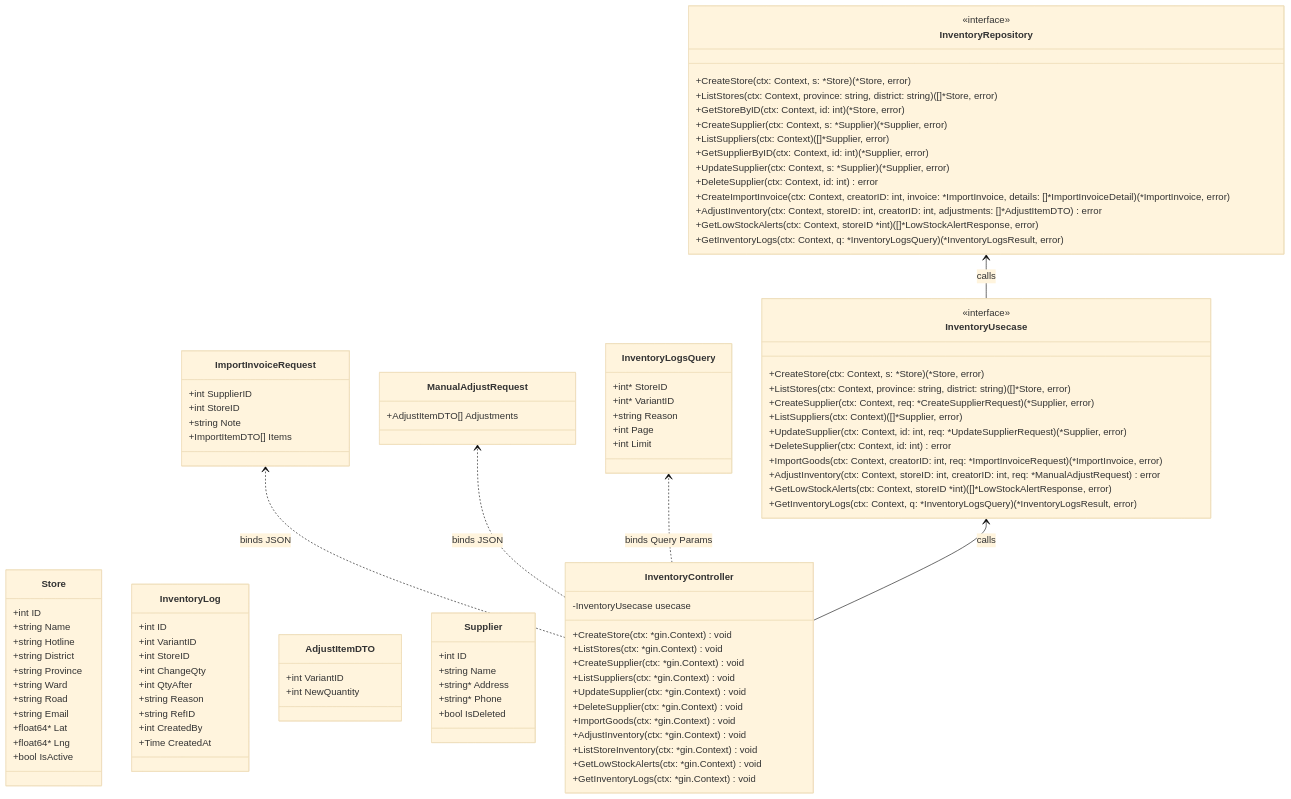
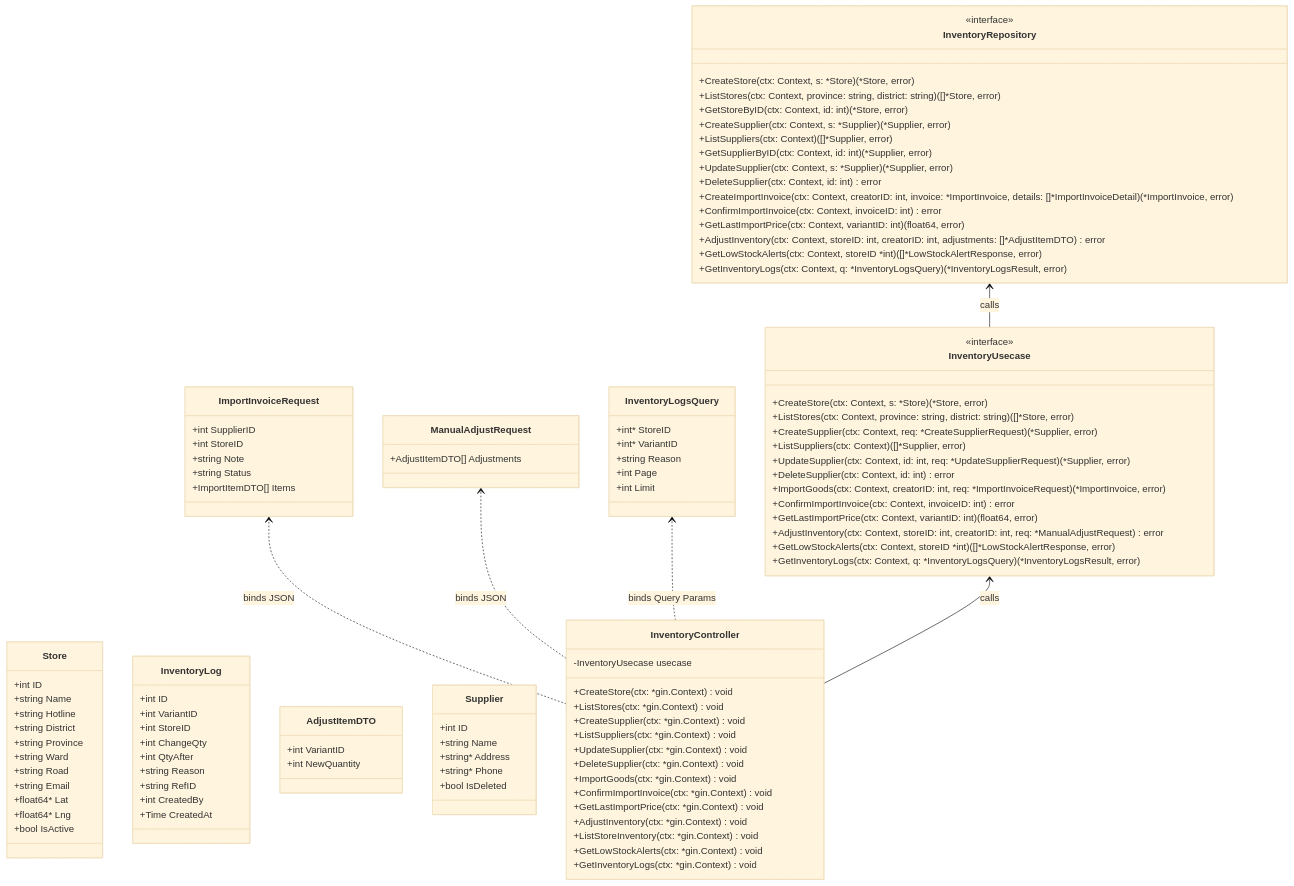
One commit to PhamTrinhDuc/Microservices-Golang changed the sixth of 6 diagrams in backend/design/store_inventory_design.md. Above: the diagram before and after it, drawn with Mermaid (base theme). The commit also changed other lines of this file and 25 other files, not shown here.

First line of the commit message:
feat: refactor product pricing schema and upgrade goods import module

```diff
--- a/backend/design/store_inventory_design.md
+++ b/backend/design/store_inventory_design.md
@@ -280,6 +287,7 @@
         +int SupplierID
         +int StoreID
         +string Note
+        +string Status
         +ImportItemDTO[] Items
     }
 
@@ -317,6 +325,8 @@
         +UpdateSupplier(ctx: *gin.Context) void
         +DeleteSupplier(ctx: *gin.Context) void
         +ImportGoods(ctx: *gin.Context) void
+        +ConfirmImportInvoice(ctx: *gin.Context) void
+        +GetLastImportPrice(ctx: *gin.Context) void
         +AdjustInventory(ctx: *gin.Context) void
         +ListStoreInventory(ctx: *gin.Context) void
         +GetLowStockAlerts(ctx: *gin.Context) void
@@ -332,6 +342,8 @@
         +UpdateSupplier(ctx: Context, id: int, req: *UpdateSupplierRequest) (*Supplier, error)
         +DeleteSupplier(ctx: Context, id: int) error
         +ImportGoods(ctx: Context, creatorID: int, req: *ImportInvoiceRequest) (*ImportInvoice, error)
+        +ConfirmImportInvoice(ctx: Context, invoiceID: int) error
+        +GetLastImportPrice(ctx: Context, variantID: int) (float64, error)
         +AdjustInventory(ctx: Context, storeID: int, creatorID: int, req: *ManualAdjustRequest) error
         +GetLowStockAlerts(ctx: Context, storeID *int) ([]*LowStockAlertResponse, error)
         +GetInventoryLogs(ctx: Context, q: *InventoryLogsQuery) (*InventoryLogsResult, error)
@@ -348,6 +360,8 @@
         +UpdateSupplier(ctx: Context, s: *Supplier) (*Supplier, error)
         +DeleteSupplier(ctx: Context, id: int) error
         +CreateImportInvoice(ctx: Context, creatorID: int, invoice: *ImportInvoice, details: []*ImportInvoiceDetail) (*ImportInvoice, error)
+        +ConfirmImportInvoice(ctx: Context, invoiceID: int) error
+        +GetLastImportPrice(ctx: Context, variantID: int) (float64, error)
         +AdjustInventory(ctx: Context, storeID: int, creatorID: int, adjustments: []*AdjustItemDTO) error
         +GetLowStockAlerts(ctx: Context, storeID *int) ([]*LowStockAlertResponse, error)
         +GetInventoryLogs(ctx: Context, q: *InventoryLogsQuery) (*InventoryLogsResult, error)
```
